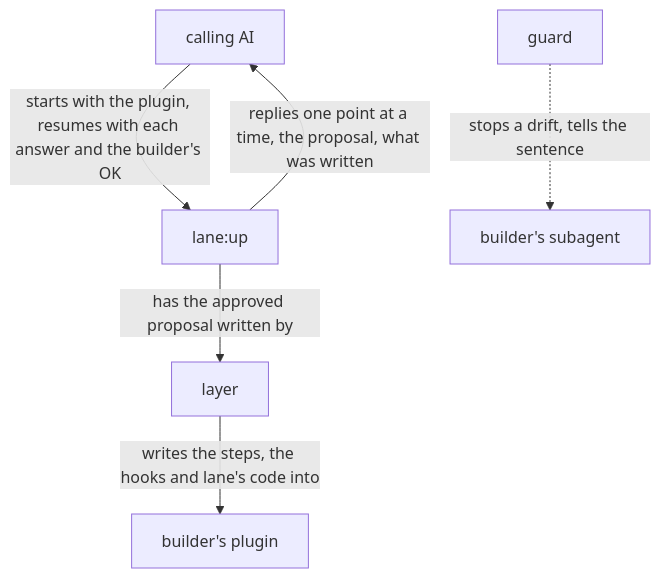
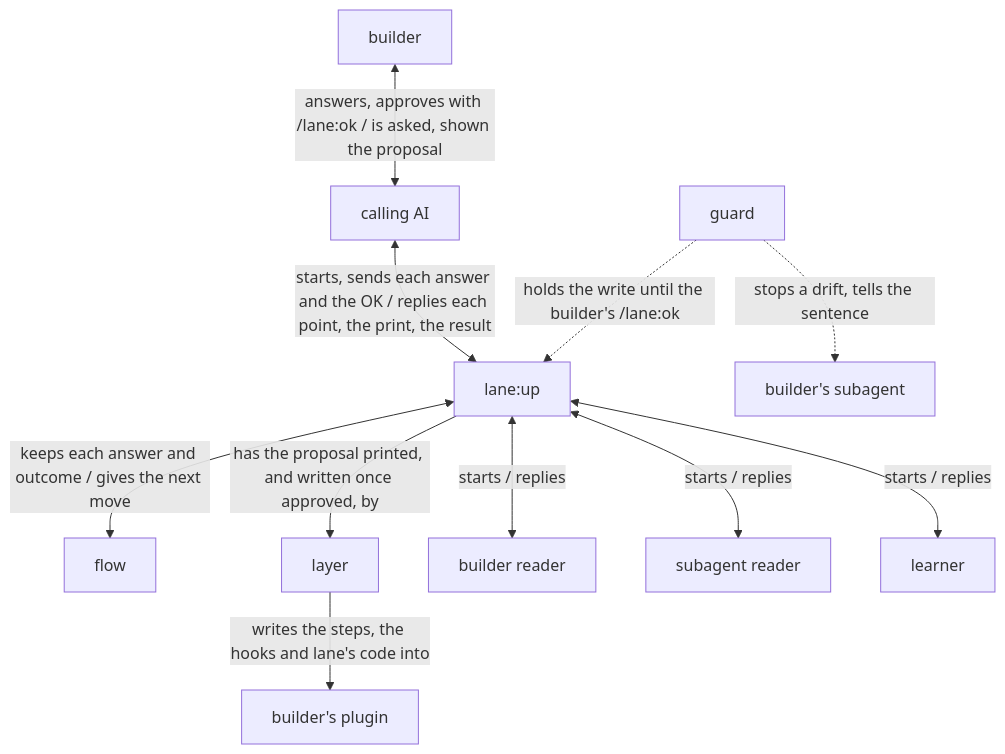
The diagram in dev/lane/design.md (lovaizu/ccpm), drawn with Mermaid before and after one commit. The commit also changed other lines of this file and 7 other files, not shown here.

````diff
--- a/dev/lane/design.md
+++ b/dev/lane/design.md
@@ -32,14 +39,24 @@
 ```mermaid
 flowchart TB
+  builder["builder"]
   caller["calling AI"]
   up["lane:up"]
+  flow["flow"]
   layer["layer"]
+  br["builder reader"]
+  sr["subagent reader"]
+  le["learner"]
   plugin["builder's plugin"]
   guard["guard"]
   sub["builder's subagent"]
-  caller -->|starts with the plugin, resumes with each answer and the builder's OK| up
-  up -->|replies one point at a time, the proposal, what was written| caller
-  up -->|has the approved proposal written by| layer
+  builder <-->|answers, approves with /lane:ok / is asked, shown the proposal| caller
+  caller <-->|starts, sends each answer and the OK / replies each point, the print, the result| up
+  up <-->|keeps each answer and outcome / gives the next move| flow
+  up -->|has the proposal printed, and written once approved, by| layer
+  up <-->|starts / replies| br
+  up <-->|starts / replies| sr
+  up <-->|starts / replies| le
   layer -->|writes the steps, the hooks and lane's code into| plugin
+  guard -.->|holds the write until the builder's /lane:ok| up
   guard -.->|stops a drift, tells the sentence| sub
 ```
````
